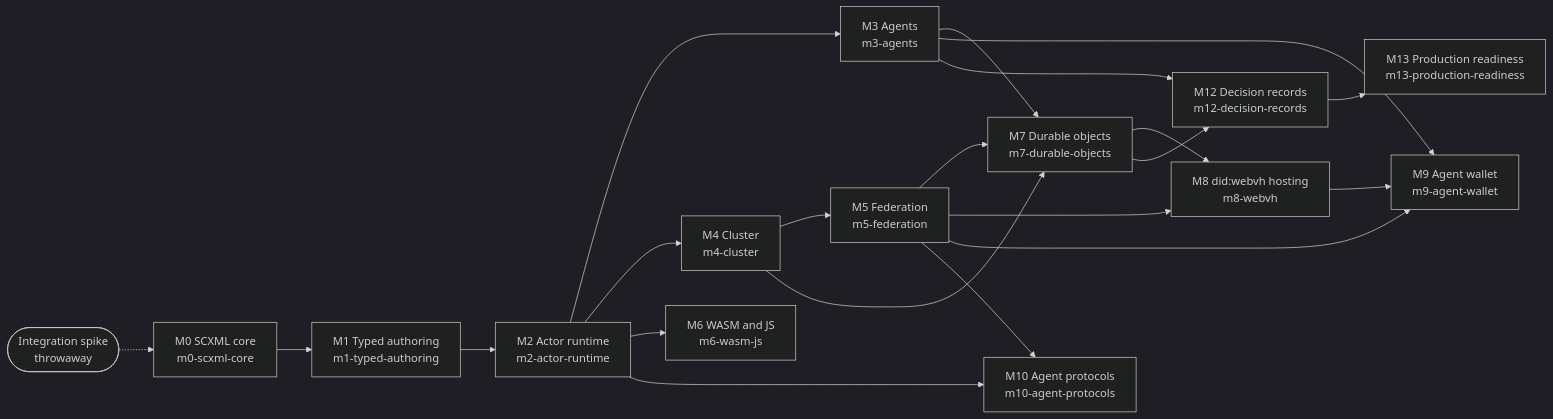
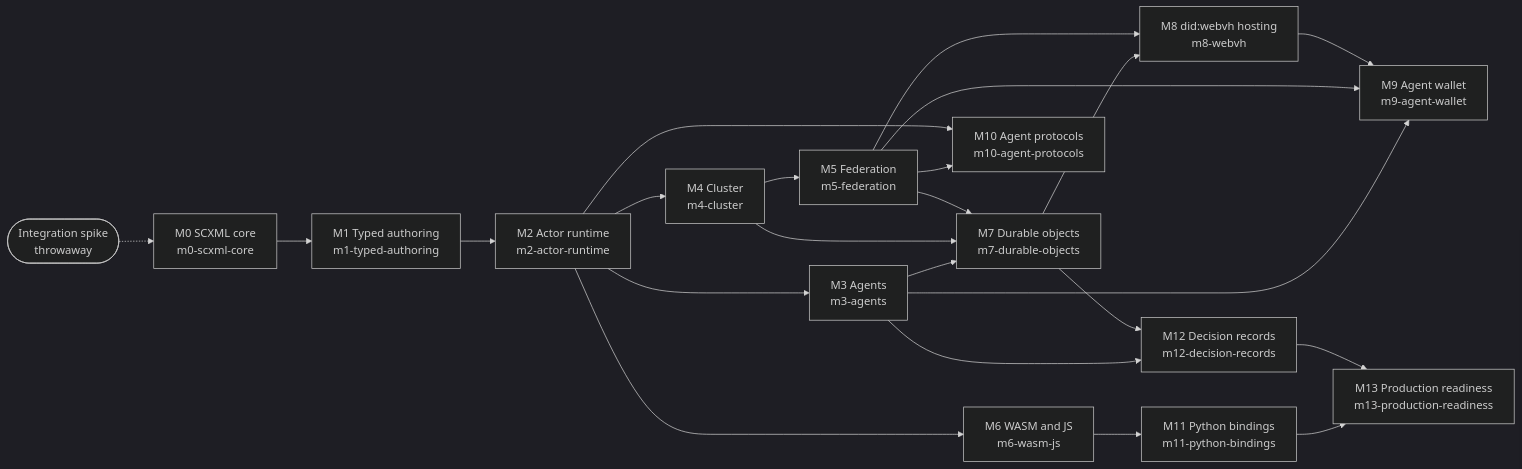
The diagram in tg.md/roadmap.md (Volland/vertep), drawn with Mermaid (dark theme) before and after one commit. The commit also changed other lines of this file and 62 other files, not shown here.

First line of the commit message:
Release 0.1.6: Python bindings (M11), Kolyada core (M10), version bump

````diff
--- a/tg.md/roadmap.md
+++ b/tg.md/roadmap.md
@@ -9,23 +9,25 @@
 ```mermaid
 flowchart LR
     M0["M0 SCXML core<br/>m0-scxml-core"] --> M1["M1 Typed authoring<br/>m1-typed-authoring"]
     M1 --> M2["M2 Actor runtime<br/>m2-actor-runtime"]
     M2 --> M3["M3 Agents<br/>m3-agents"]
     M2 --> M4["M4 Cluster<br/>m4-cluster"]
     M4 --> M5["M5 Federation<br/>m5-federation"]
     M2 --> M6["M6 WASM and JS<br/>m6-wasm-js"]
     M3 --> M7["M7 Durable objects<br/>m7-durable-objects"]
     M4 --> M7
     M5 --> M7
     M7 --> M8["M8 did:webvh hosting<br/>m8-webvh"]
     M5 --> M8
     M3 --> M9["M9 Agent wallet<br/>m9-agent-wallet"]
     M5 --> M9
     M8 --> M9
     M5 --> M10["M10 Agent protocols<br/>m10-agent-protocols"]
     M2 --> M10
+    M6 --> M11["M11 Python bindings<br/>m11-python-bindings"]
     M3 --> M12["M12 Decision records<br/>m12-decision-records"]
     M7 --> M12
-    M12 --> M13["M13 Production readiness<br/>m13-production-readiness"]
+    M11 --> M13["M13 Production readiness<br/>m13-production-readiness"]
+    M12 --> M13
     S(["Integration spike<br/>throwaway"]) -.-> M0
 ```
````
